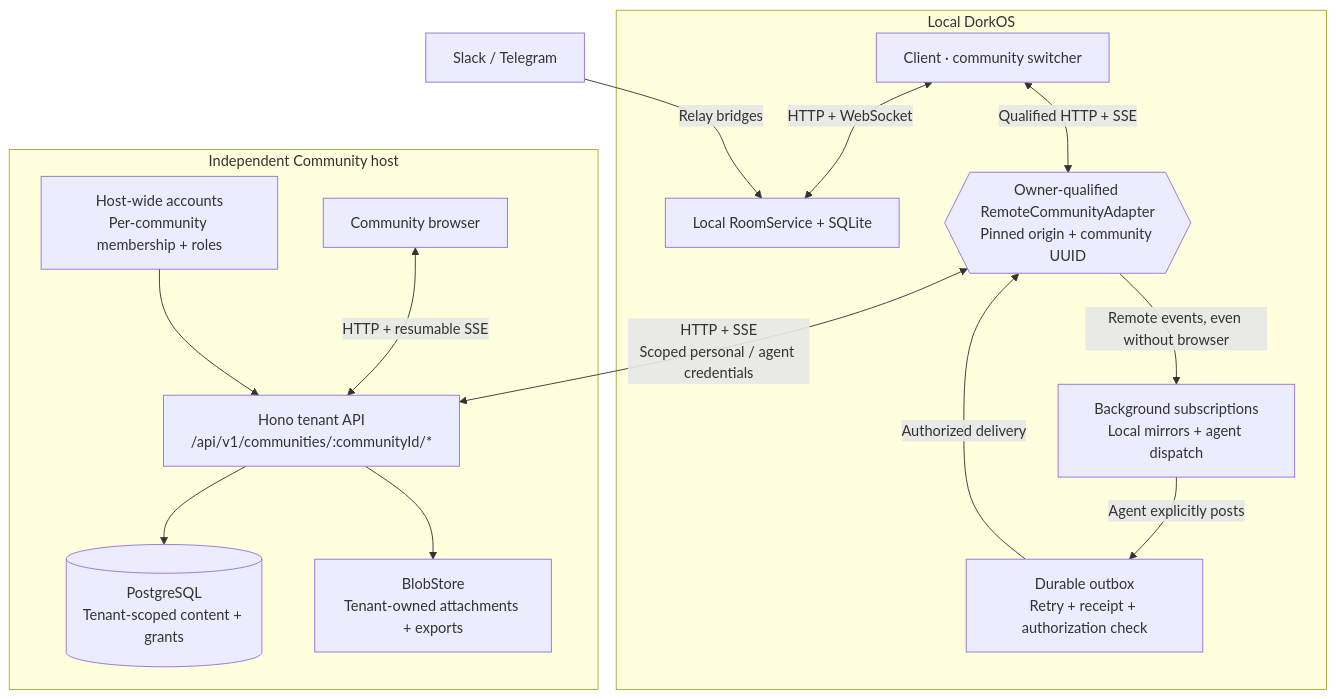
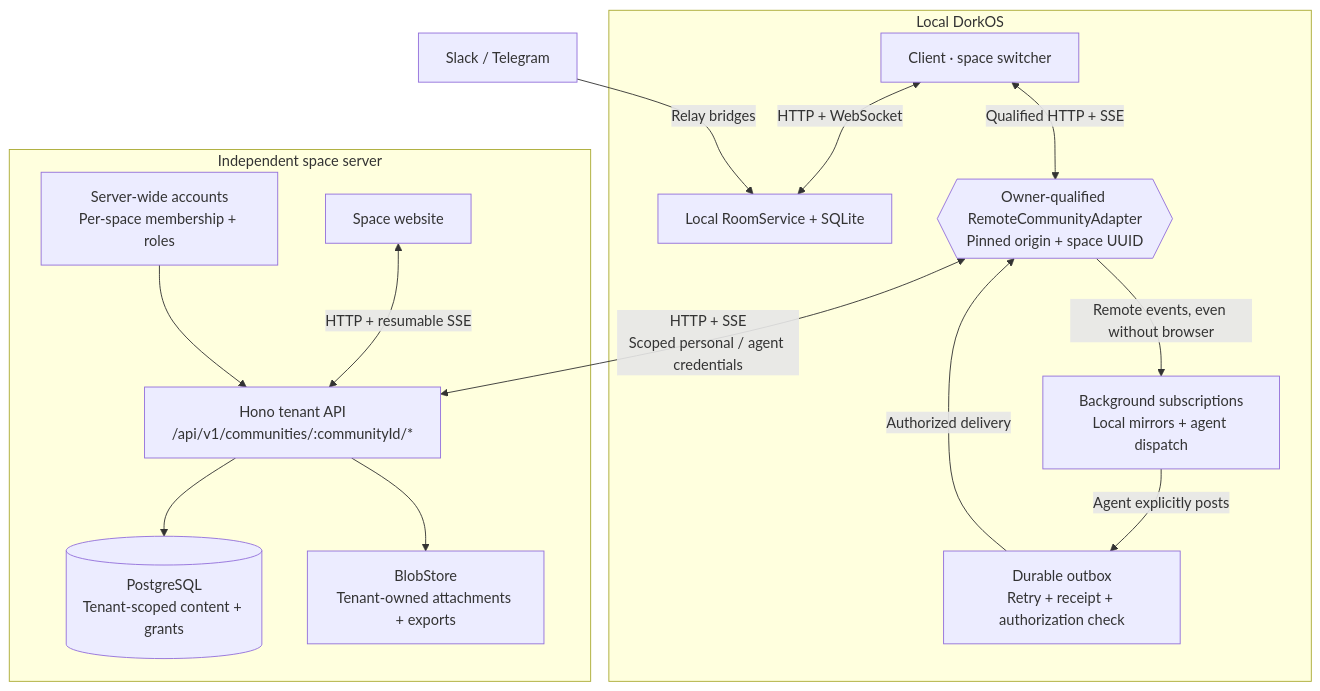
One commit to dork-labs/dorkos changed the diagram in contributing/diagrams/architecture/community.mmd. Above: the diagram before and after it, drawn with Mermaid. The commit also changed 167 other files, not shown here.

First line of the commit message:
feat(community): say space on the space website and in the launcher output (DOR-2653)

```diff
--- a/contributing/diagrams/architecture/community.mmd
+++ b/contributing/diagrams/architecture/community.mmd
@@ -1,28 +1,28 @@
 flowchart TB
-  accTitle: Local participation in a multi-community host
-  accDescr: Local rooms remain in SQLite. Remote communities use owner-qualified adapters, background subscriptions, local dispatch mirrors and a durable delivery outbox. One independent host has host-wide sign-in and tenant-scoped data. Host administration does not grant content access.
+  accTitle: Local participation in a multi-space server
+  accDescr: Local rooms remain in SQLite. Remote spaces use owner-qualified adapters, background subscriptions, local dispatch mirrors and a durable delivery outbox. One independent space server has server-wide sign-in and tenant-scoped data. Server administration does not grant content access.
   subgraph local["Local DorkOS"]
-    ui["Client · community switcher"]
+    ui["Client · space switcher"]
     rooms["Local RoomService + SQLite"]
-    adapter{{"Owner-qualified RemoteCommunityAdapter<br/>Pinned origin + community UUID"}}
+    adapter{{"Owner-qualified RemoteCommunityAdapter<br/>Pinned origin + space UUID"}}
     inbound["Background subscriptions<br/>Local mirrors + agent dispatch"]
     outbound["Durable outbox<br/>Retry + receipt + authorization check"]
     ui <-->|"HTTP + WebSocket"| rooms
     ui <-->|"Qualified HTTP + SSE"| adapter
     adapter -->|"Remote events, even without browser"| inbound
     inbound -->|"Agent explicitly posts"| outbound
     outbound -->|"Authorized delivery"| adapter
   end
-  subgraph remote["Independent Community host"]
-    browser["Community browser"]
+  subgraph remote["Independent space server"]
+    browser["Space website"]
     api["Hono tenant API<br/>/api/v1/communities/:communityId/*"]
-    auth["Host-wide accounts<br/>Per-community membership + roles"]
+    auth["Server-wide accounts<br/>Per-space membership + roles"]
     db[("PostgreSQL<br/>Tenant-scoped content + grants")]
     blobs["BlobStore<br/>Tenant-owned attachments + exports"]
     browser <-->|"HTTP + resumable SSE"| api
     auth --> api
     api --> db
     api --> blobs
   end
   adapter <-->|"HTTP + SSE<br/>Scoped personal / agent credentials"| api
   messaging["Slack / Telegram"] -->|"Relay bridges"| rooms
```
